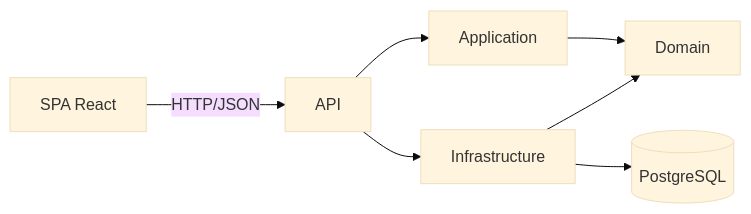
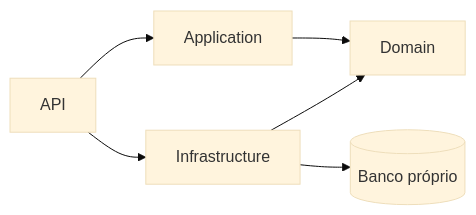
Before and after one commit to Maieru/fiap-tech-challenge: the third of 3 diagrams in docs/arquitetura/README.md, drawn with Mermaid (base theme). The commit also changed other lines of this file and 80 other files, not shown here.

````diff
--- a/docs/arquitetura/README.md
+++ b/docs/arquitetura/README.md
@@ -132,9 +42,8 @@
 ```mermaid
 flowchart LR
-    Frontend["SPA React"] -->|"HTTP/JSON"| API["API"]
-    API --> Application["Application"]
-    API --> Infrastructure["Infrastructure"]
-    Application --> Domain["Domain"]
+    API --> Application
+    API --> Infrastructure
+    Application --> Domain
     Infrastructure --> Domain
-    Infrastructure --> DB[("PostgreSQL")]
+    Infrastructure --> Persistencia[(Banco próprio)]
 ```
````
